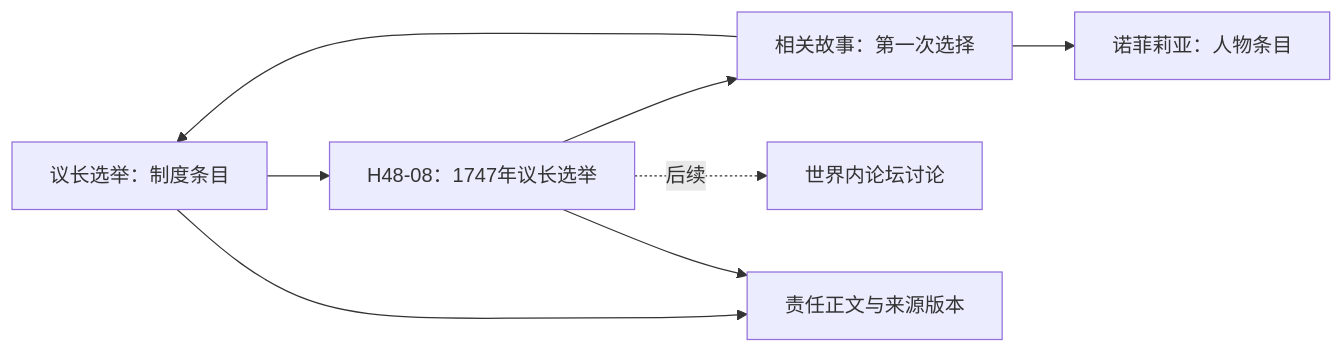
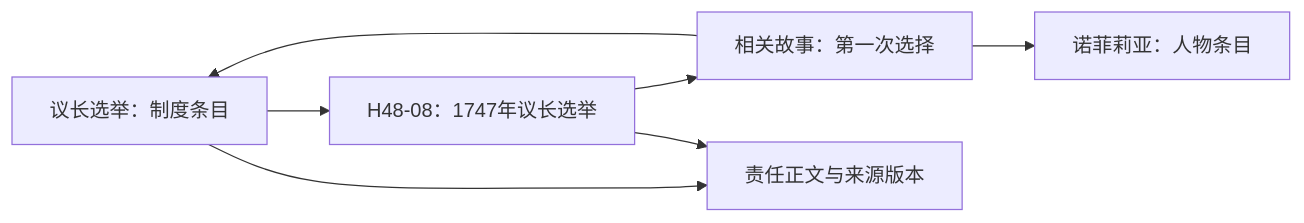
One commit to hetwila/hetwila.github.io changed the first of 2 diagrams in docs/网站设计书.md. Above: the diagram before and after it, drawn with Mermaid. The commit also changed other lines of this file and 30 other files, not shown here.

````diff
--- a/docs/网站设计书.md
+++ b/docs/网站设计书.md
@@ -253,10 +253,9 @@
 ```mermaid
 flowchart LR
   A[议长选举：制度条目] --> B[H48-08：1747年议长选举]
   B --> C[相关故事：第一次选择]
   C --> A
   C --> F[诺菲莉亚：人物条目]
-  B -. 后续 .-> D[世界内论坛讨论]
   A --> E[责任正文与来源版本]
   B --> E
 ```
````
